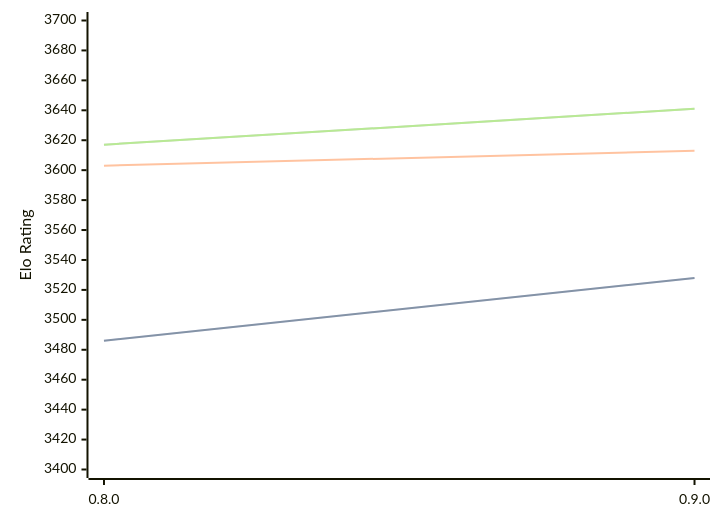
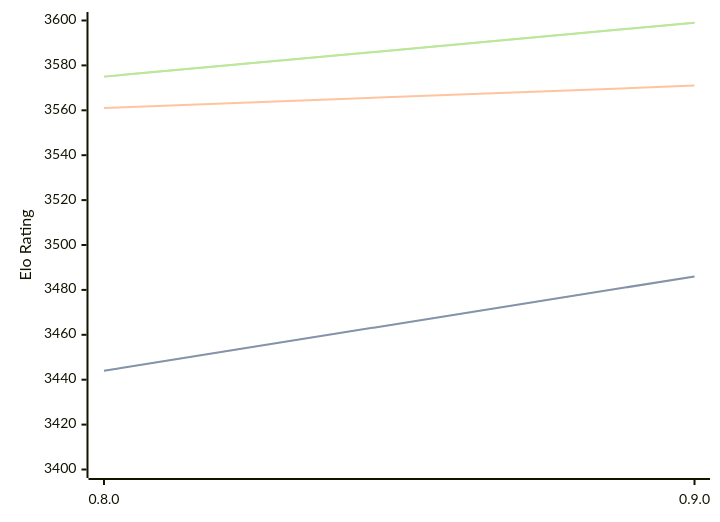
The diagram in engines/Reckless.md (computer-chess-index/cci), drawn with Mermaid before and after one commit. The commit also changed other lines of this file, not shown here.

Commit message:
Update CCI Ratings (ELO VLTC) - 2026-05-19

````diff
--- a/engines/Reckless.md
+++ b/engines/Reckless.md
@@ -39,11 +39,11 @@
 ```mermaid
 %%{init: {"theme":"base","themeVariables":{"seriesColors:['#a3a3a3','#222221','#faa371']}}}%%
 xychart-beta
   x-axis ["0.8.0", "0.9.0"]
-  y-axis "Elo Rating" 3400 --> 3700
-  line "STC (8.0+0.08s)" [3486, 3528]
-  line "STC (8.0+0.08s)" [3486, 3528]
-  line "LTC (60.0+0.60s)" [3603, 3613]
-  line "VLTC (2m24s+1.12s)" [3617, 3641]
-  line "VLTC (2m24s+1.12s)" [3617, 3641]
+  y-axis "Elo Rating" 3400 --> 3600
+  line "STC (8.0+0.08s)" [3444, 3486]
+  line "STC (8.0+0.08s)" [3444, 3486]
+  line "LTC (60.0+0.60s)" [3561, 3571]
+  line "VLTC (2m24s+1.12s)" [3575, 3599]
+  line "VLTC (2m24s+1.12s)" [3575, 3599]
 ```
````
